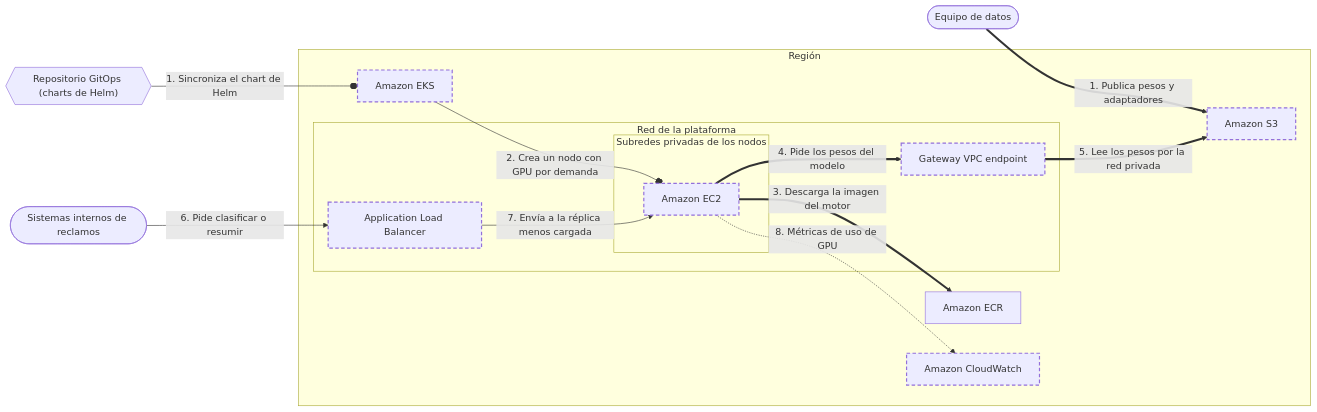
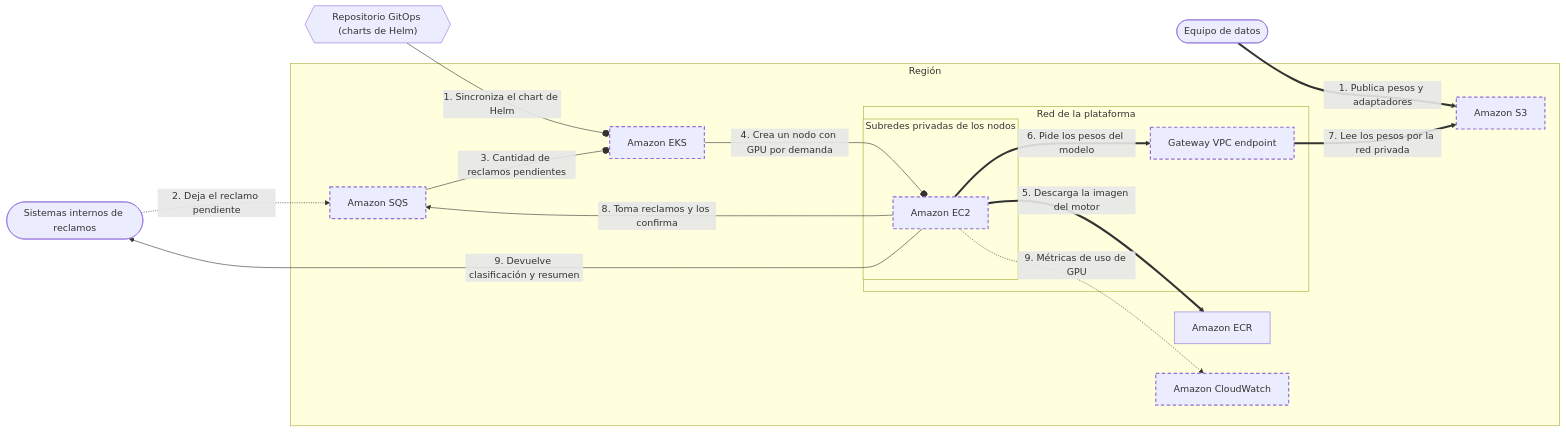
Before and after one commit to elissamburu/blueprint-the-game: the diagram in content/scenarios/gpu-inference-on-eks/README.md, drawn with Mermaid. The commit also changed other lines of this file and 3 other files, not shown here.

First line of the commit message:
feat(content): add a work queue to gpu-inference-on-eks

````diff
--- a/content/scenarios/gpu-inference-on-eks/README.md
+++ b/content/scenarios/gpu-inference-on-eks/README.md
@@ -56,30 +61,32 @@
 ```mermaid
 flowchart LR
   n_data_team(["Equipo de datos"])
   n_consumers(["Sistemas internos de reclamos"])
   n_gitops{{"Repositorio GitOps (charts de Helm)"}}
   subgraph g_region["Región"]
     subgraph g_vpc["Red de la plataforma"]
       subgraph g_nodes_subnets["Subredes privadas de los nodos"]
         n_gpu_compute["Amazon EC2"]
       end
       n_weights_private_path["Gateway VPC endpoint"]
-      n_entry["Application Load Balancer"]
     end
     n_registry["Amazon ECR"]
     n_platform["Amazon EKS"]
     n_weights_store["Amazon S3"]
     n_gpu_metrics["Amazon CloudWatch"]
+    n_claims_queue["Amazon SQS"]
   end
   n_data_team ==>|"1. Publica pesos y adaptadores"| n_weights_store
   n_gitops --o|"1. Sincroniza el chart de Helm"| n_platform
-  n_platform --o|"2. Crea un nodo con GPU por demanda"| n_gpu_compute
-  n_gpu_compute ==>|"3. Descarga la imagen del motor"| n_registry
-  n_gpu_compute ==>|"4. Pide los pesos del modelo"| n_weights_private_path
-  n_weights_private_path ==>|"5. Lee los pesos por la red privada"| n_weights_store
-  n_consumers -->|"6. Pide clasificar o resumir"| n_entry
-  n_entry -->|"7. Envía a la réplica menos cargada"| n_gpu_compute
-  n_gpu_compute -.->|"8. Métricas de uso de GPU"| n_gpu_metrics
+  n_consumers -.->|"2. Deja el reclamo pendiente"| n_claims_queue
+  n_claims_queue --o|"3. Cantidad de reclamos pendientes"| n_platform
+  n_platform --o|"4. Crea un nodo con GPU por demanda"| n_gpu_compute
+  n_gpu_compute ==>|"5. Descarga la imagen del motor"| n_registry
+  n_gpu_compute ==>|"6. Pide los pesos del modelo"| n_weights_private_path
+  n_weights_private_path ==>|"7. Lee los pesos por la red privada"| n_weights_store
+  n_gpu_compute -->|"8. Toma reclamos y los confirma"| n_claims_queue
+  n_gpu_compute -->|"9. Devuelve clasificación y resumen"| n_consumers
+  n_gpu_compute -.->|"9. Métricas de uso de GPU"| n_gpu_metrics
   classDef slot stroke-dasharray: 6 4,stroke-width:2px
-  class n_platform,n_gpu_compute,n_weights_store,n_weights_private_path,n_gpu_metrics,n_entry slot
+  class n_platform,n_gpu_compute,n_weights_store,n_weights_private_path,n_gpu_metrics,n_claims_queue slot
 ```
````
